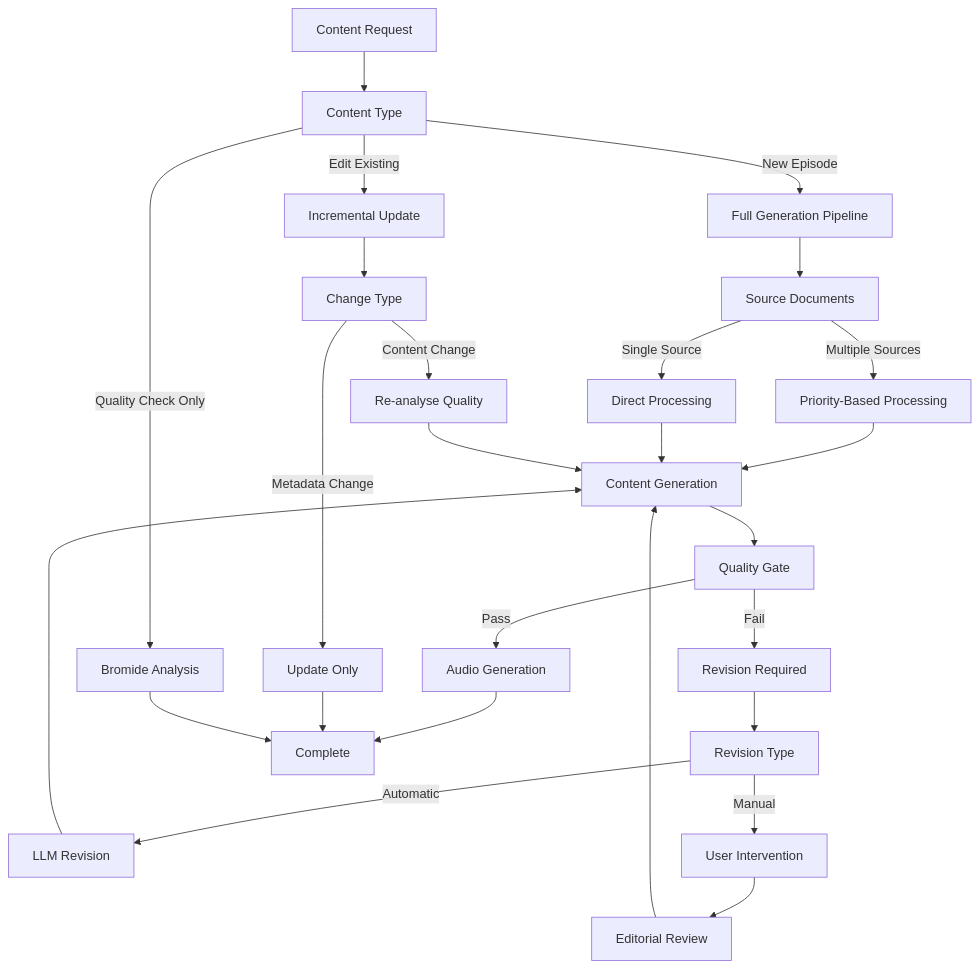
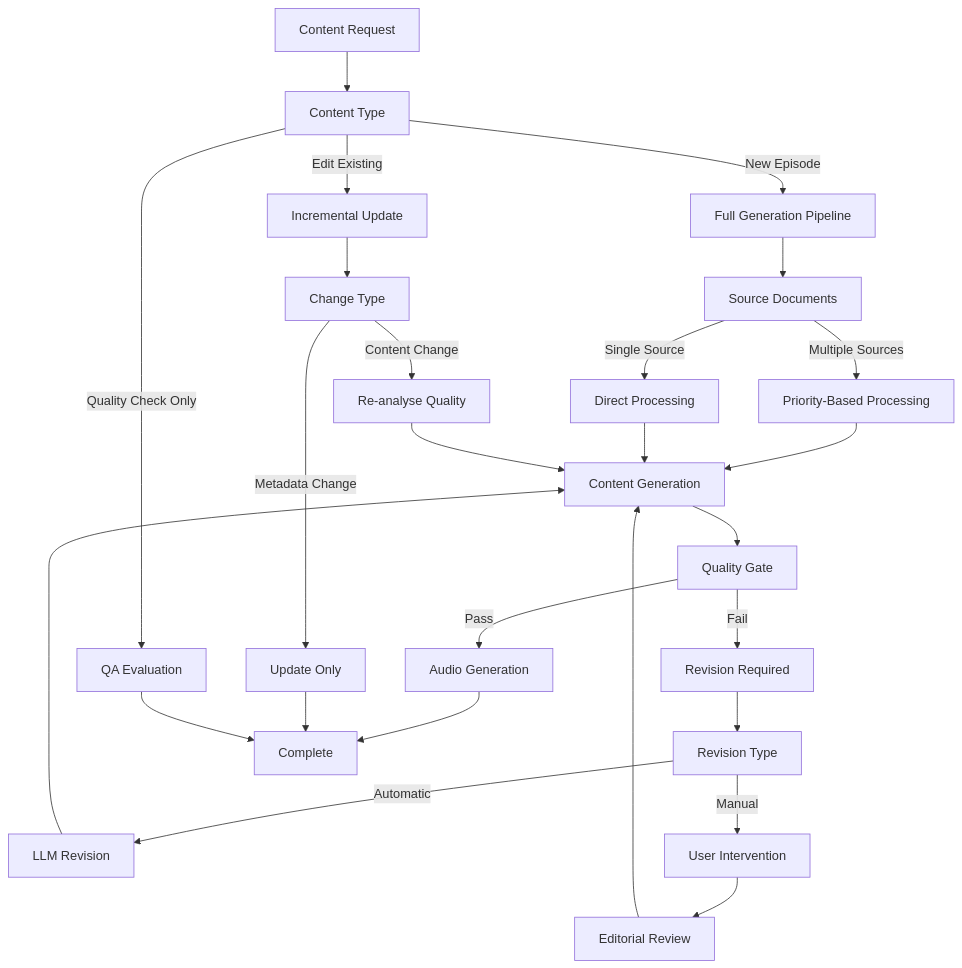
Before and after one commit to leynos/episodic: the third of 13 diagrams in docs/episodic-podcast-generation-system-design.md, drawn with Mermaid. The commit also changed other lines of this file and 1 other file, not shown here.

First line of the commit message:
feat(quality-assurance): add Pedante, Anthem, Caesura, Chrono evaluators and enrich QA evaluation

````diff
--- a/docs/episodic-podcast-generation-system-design.md
+++ b/docs/episodic-podcast-generation-system-design.md
@@ -439,48 +456,48 @@
 ```mermaid
 flowchart TD
     A["Content Request"]
     B["Content Type"]
     C["Full Generation Pipeline"]
     D["Incremental Update"]
-    E["Bromide Analysis"]
+    E["QA Evaluation"]
     F["Source Documents"]
     G["Priority-Based Processing"]
     H["Direct Processing"]
     I["Change Type"]
     J["Re-analyse Quality"]
     K["Update Only"]
     L["Content Generation"]
     M["Quality Gate"]
     N["Audio Generation"]
     O["Revision Required"]
     P["Revision Type"]
     Q["LLM Revision"]
     R["User Intervention"]
     S["Editorial Review"]
     T["Complete"]
     A --> B
     B -- New Episode --> C
     B -- Edit Existing --> D
     B -- Quality Check Only --> E
     C --> F
     F -- Multiple Sources --> G
     F -- Single Source --> H
     D --> I
     I -- Content Change --> J
     I -- Metadata Change --> K
     G --> L
     H --> L
     J --> L
     L --> M
     M -- Pass --> N
     M -- Fail --> O
     O --> P
     P -- Automatic --> Q
     P -- Manual --> R
     Q --> L
     R --> S
     S --> L
     N --> T
     K --> T
     E --> T
 ```
````
